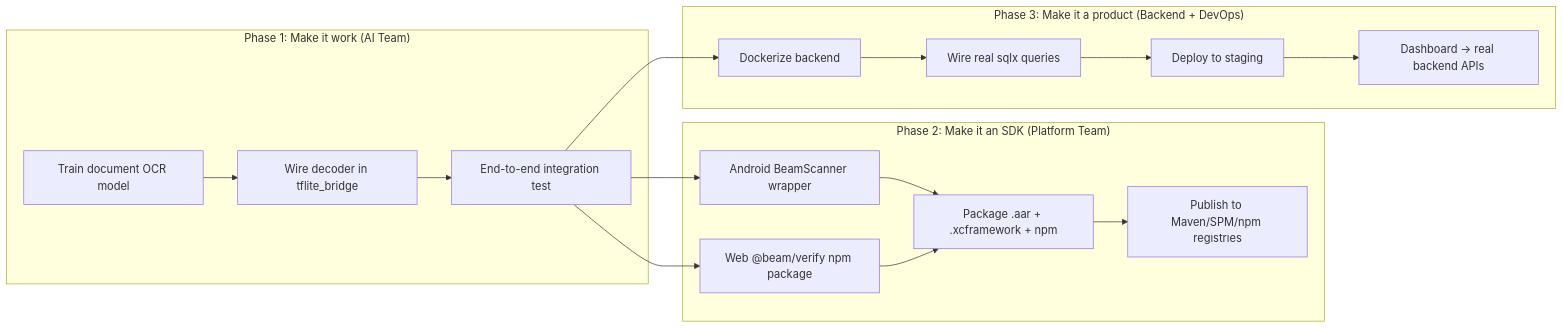
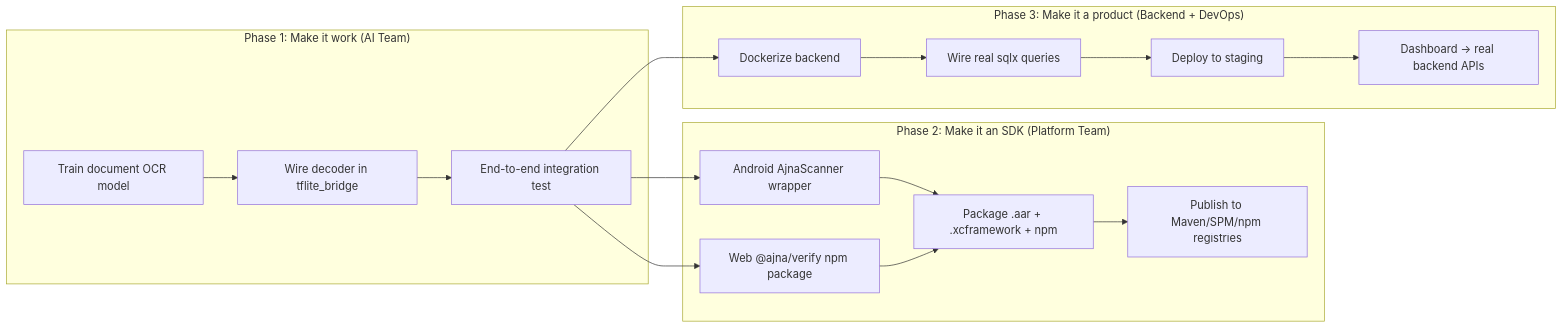
Before and after one commit to NeoOne601/beam-sdk: the second of 2 diagrams in sdk_assessment.md, drawn with Mermaid. The commit also changed other lines of this file and 146 other files, not shown here.

First line of the commit message:
refactor: rebrand Beam to Ajna across workspace, FFI, platform bridges, and docs

````diff
--- a/sdk_assessment.md
+++ b/sdk_assessment.md
@@ -240,27 +240,27 @@
 ```mermaid
 graph LR
     subgraph "Phase 1: Make it work (AI Team)"
         A1["Train document OCR model"]
         A2["Wire decoder in tflite_bridge"]
         A3["End-to-end integration test"]
     end
 
     subgraph "Phase 2: Make it an SDK (Platform Team)"
-        B1["Android BeamScanner wrapper"]
-        B2["Web @beam/verify npm package"]
+        B1["Android AjnaScanner wrapper"]
+        B2["Web @ajna/verify npm package"]
         B3["Package .aar + .xcframework + npm"]
         B4["Publish to Maven/SPM/npm registries"]
     end
 
     subgraph "Phase 3: Make it a product (Backend + DevOps)"
         C1["Dockerize backend"]
         C2["Wire real sqlx queries"]
         C3["Deploy to staging"]
         C4["Dashboard → real backend APIs"]
     end
 
     A1 --> A2 --> A3
     A3 --> B1 & B2
     B1 & B2 --> B3 --> B4
     A3 --> C1 --> C2 --> C3 --> C4
 ```
````
